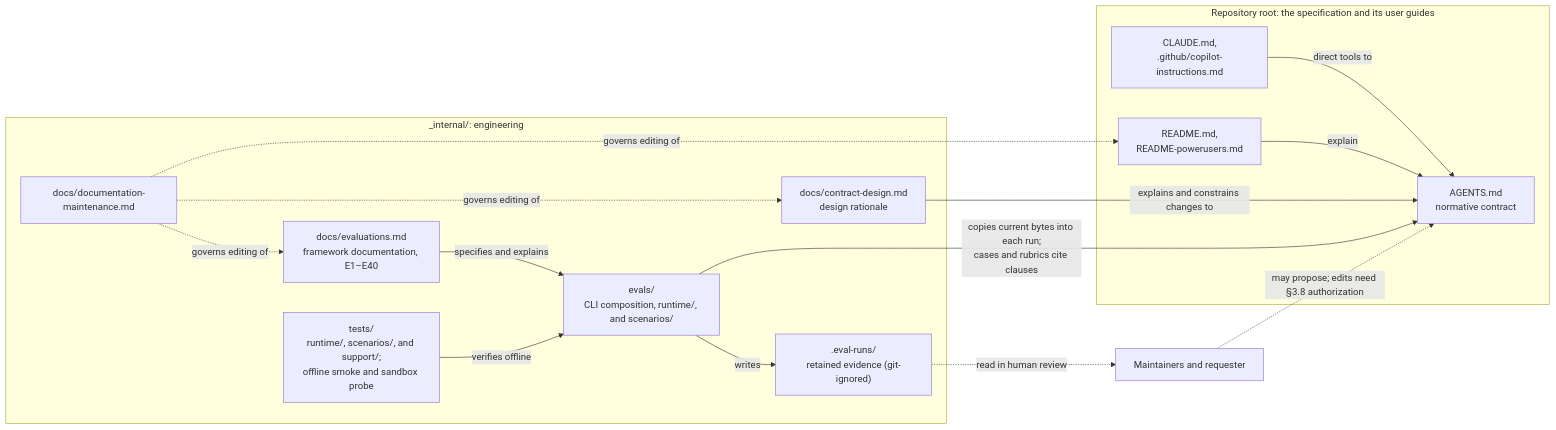
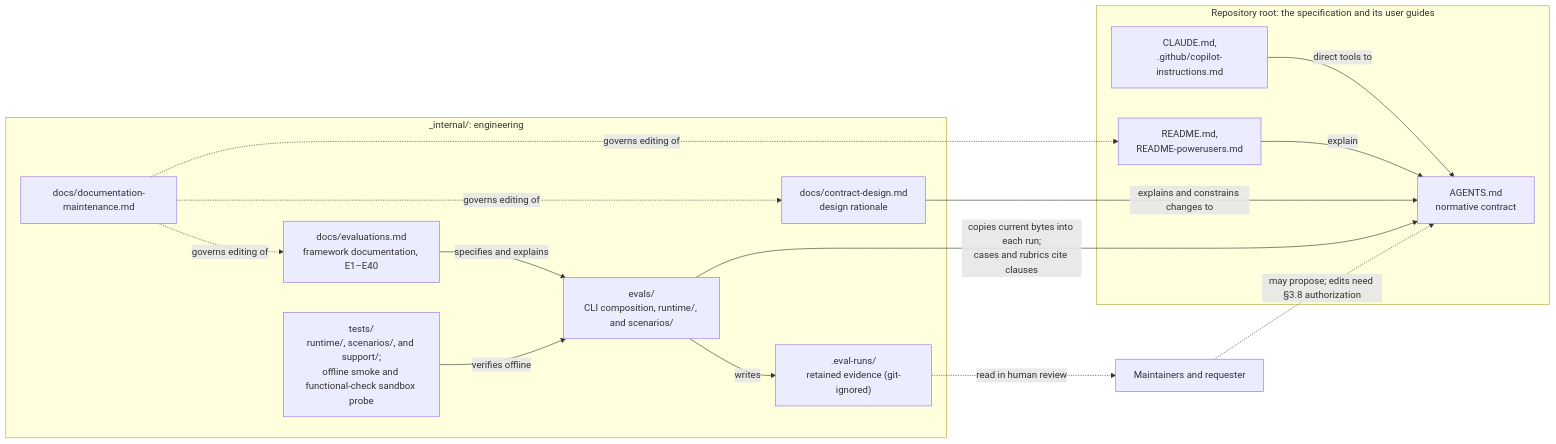
Before and after one commit to indisoluble/AGENTS-spec: the diagram in _internal/docs/architecture.md, drawn with Mermaid. The commit also changed other lines of this file and 4 other files, not shown here.

````diff
--- a/_internal/docs/architecture.md
+++ b/_internal/docs/architecture.md
@@ -19,28 +19,28 @@
 ```mermaid
 flowchart LR
   subgraph Root["Repository root: the specification and its user guides"]
     A["AGENTS.md<br/>normative contract"]
     BR["CLAUDE.md,<br/>.github/copilot-instructions.md"]
     G["README.md,<br/>README-powerusers.md"]
   end
   subgraph Internal["_internal/: engineering"]
     CD["docs/contract-design.md<br/>design rationale"]
     EV["docs/evaluations.md<br/>framework documentation, E1–E40"]
     DM["docs/documentation-maintenance.md"]
     PKG["evals/<br/>CLI composition, runtime/, and scenarios/"]
-    T["tests/<br/>runtime/, scenarios/, and support/;<br/>offline smoke and sandbox probe"]
+    T["tests/<br/>runtime/, scenarios/, and support/;<br/>offline smoke and functional-check sandbox probe"]
     RUNS[".eval-runs/<br/>retained evidence (git-ignored)"]
   end
   BR -->|direct tools to| A
   G -->|explain| A
   CD -->|explains and constrains changes to| A
   PKG -->|copies current bytes into each run;<br/>cases and rubrics cite clauses| A
   EV -->|specifies and explains| PKG
   T -->|verifies offline| PKG
   PKG -->|writes| RUNS
   RUNS -.->|read in human review| H["Maintainers and requester"]
   H -.->|"may propose; edits need §3.8 authorization"| A
   DM -.->|governs editing of| CD
   DM -.->|governs editing of| EV
   DM -.->|governs editing of| G
 ```
````
